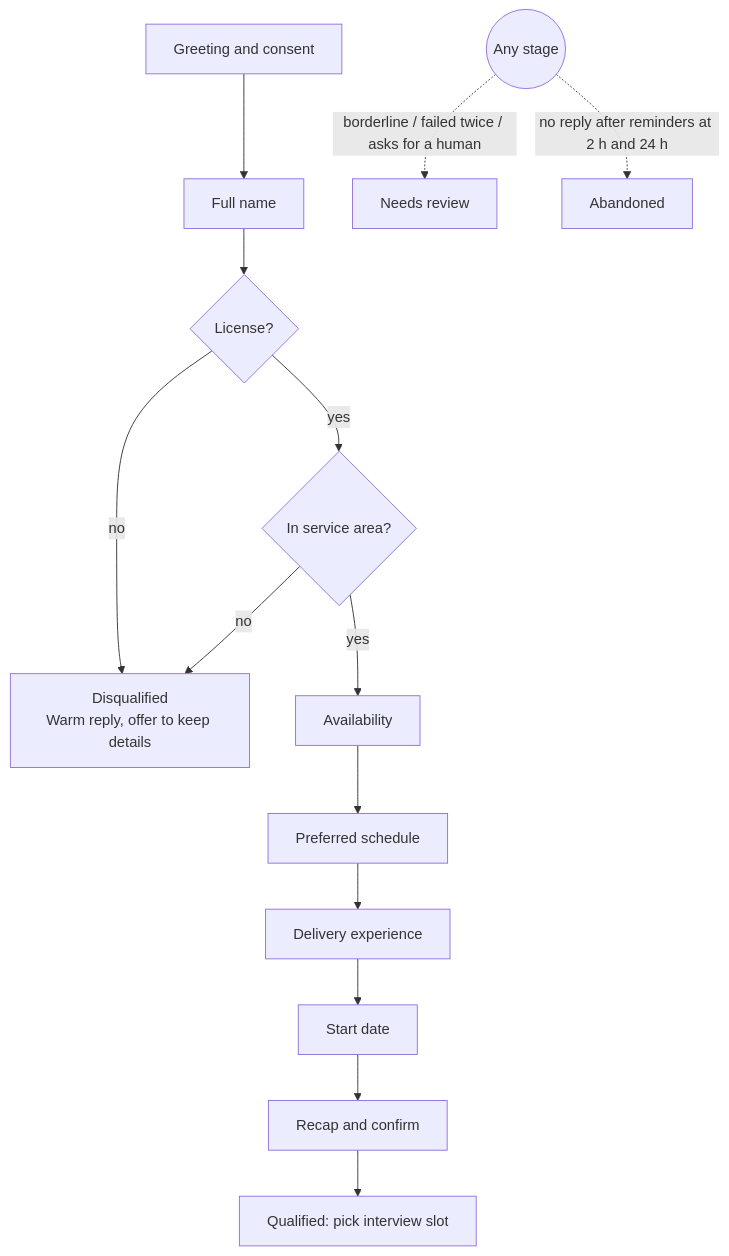
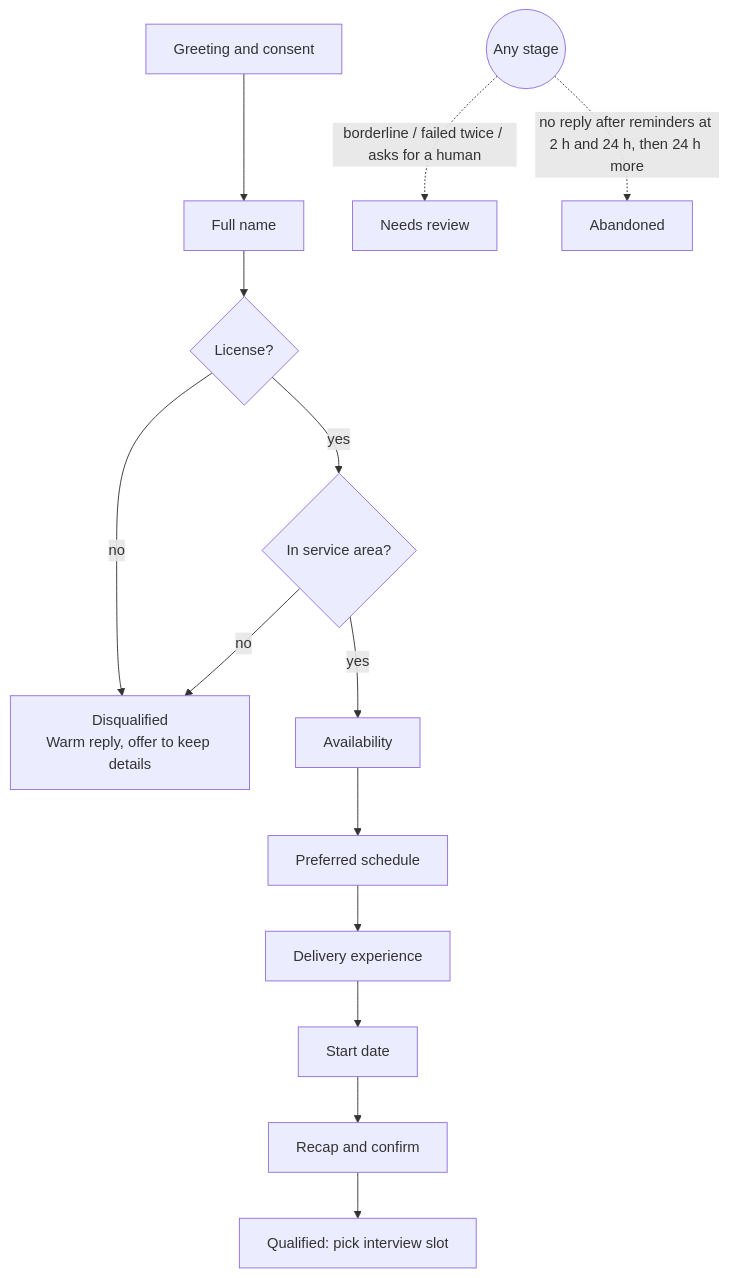
Before and after one commit to SRL132/orbio-ai-assessment: the diagram in docs/process-design.md, drawn with Mermaid. The commit also changed other lines of this file and 11 other files, not shown here.

````diff
--- a/docs/process-design.md
+++ b/docs/process-design.md
@@ -20,17 +20,17 @@
 ```mermaid
 flowchart TD
     G[Greeting and consent] --> N[Full name]
     N --> L{License?}
     L -- no --> DQ[Disqualified<br/>Warm reply, offer to keep details]
     L -- yes --> Z{In service area?}
     Z -- no --> DQ
     Z -- yes --> A[Availability]
     A --> S[Preferred schedule]
     S --> E[Delivery experience]
     E --> SD[Start date]
     SD --> R[Recap and confirm]
     R --> Q[Qualified: pick interview slot]
 
     ANY((Any stage)) -. borderline / failed twice / asks for a human .-> NR[Needs review]
-    ANY -. no reply after reminders at 2 h and 24 h .-> AB[Abandoned]
+    ANY -. no reply after reminders at 2 h and 24 h, then 24 h more .-> AB[Abandoned]
 ```
````
